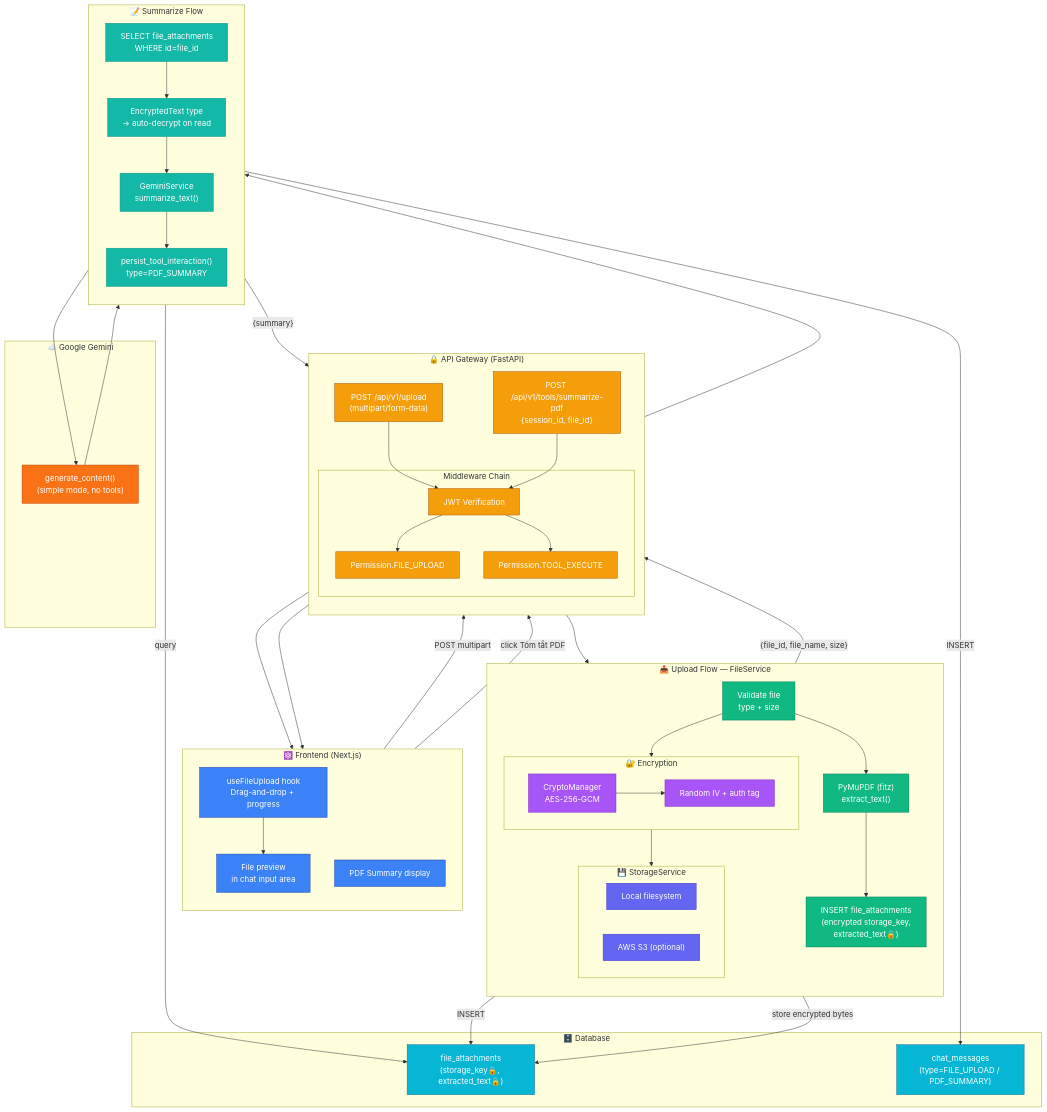
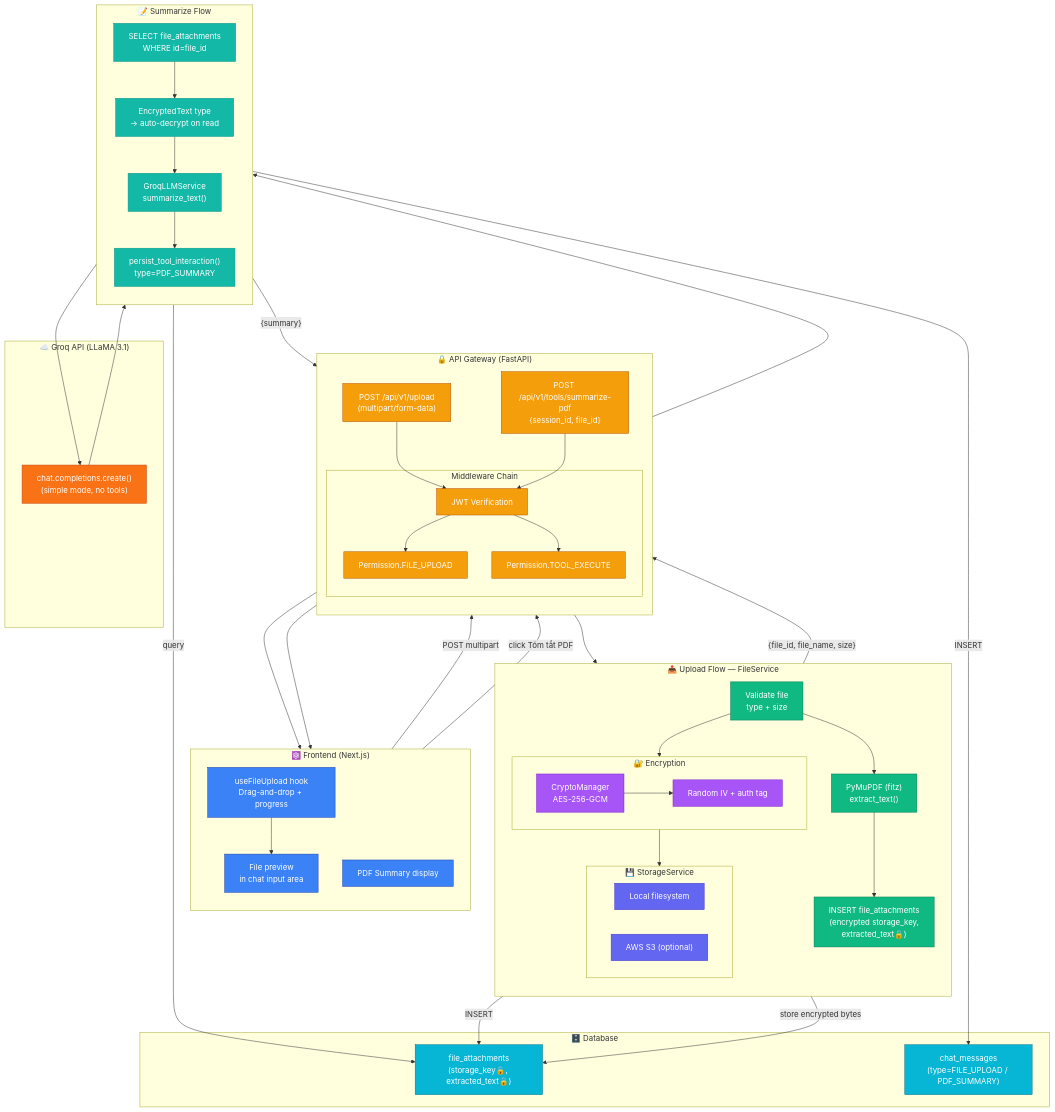
Before and after one commit to Nhan-Laptop/NT208.Q21.ANTN: diagram 16 of 29 in architecture.md, drawn with Mermaid. The commit also changed other lines of this file and 16 other files, not shown here.

First line of the commit message:
docs: update architecture, README, CLAUDE.md — Groq + ChromaDB migration (Session 17)

```diff
--- a/architecture.md
+++ b/architecture.md
@@ -1525,7 +1528,7 @@
         direction TB
         LoadFile["SELECT file_attachments<br/>WHERE id=file_id"]
         DecryptText["EncryptedText type<br/>→ auto-decrypt on read"]
-        LLMSummarize["GeminiService<br/>summarize_text()"]
+        LLMSummarize["GroqLLMService<br/>summarize_text()"]
         PersistSummary["persist_tool_interaction()<br/>type=PDF_SUMMARY"]
 
         LoadFile --> DecryptText
@@ -1533,8 +1536,8 @@
         LLMSummarize --> PersistSummary
     end
 
-    subgraph GEMINI_API["☁️ Google Gemini"]
-        GModel["generate_content()<br/>(simple mode, no tools)"]
+    subgraph GROQ_SUM["☁️ Groq API (LLaMA 3.1)"]
+        GModel["chat.completions.create()<br/>(simple mode, no tools)"]
     end
 
     subgraph DATABASE["🗄️ Database"]
```
